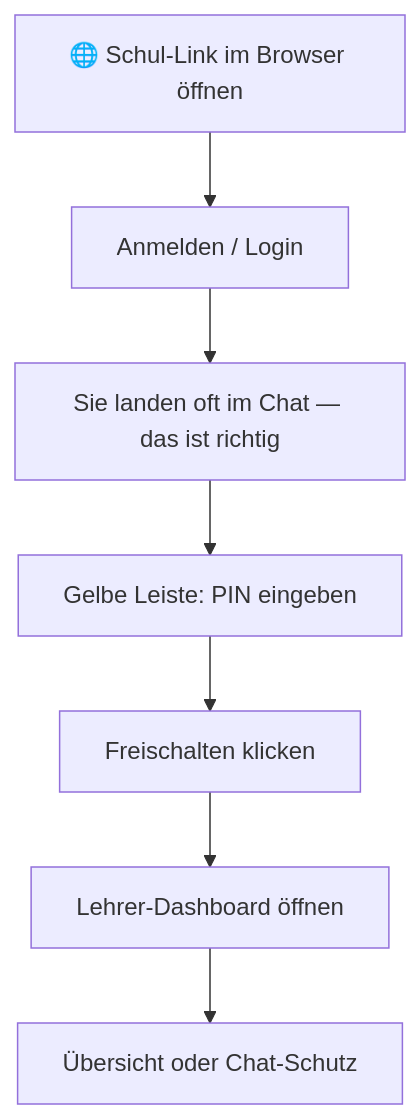
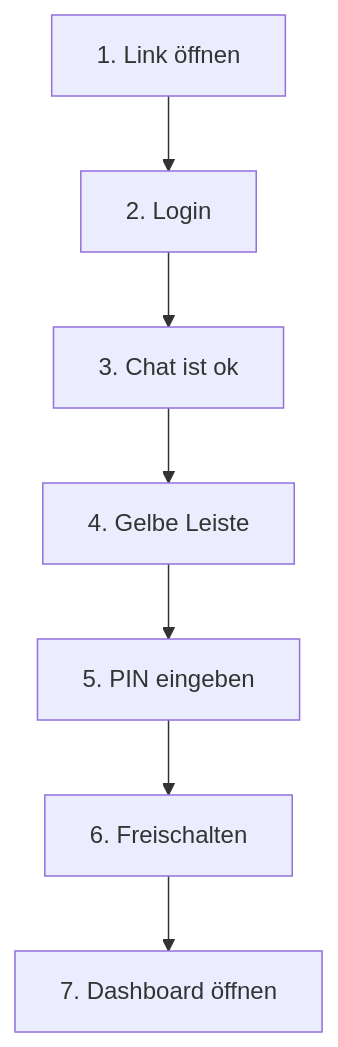
One commit to olinexgg/school-ai changed the diagram in docs/guides/Teacher-Portal-Guide.md. Above: the diagram before and after it, drawn with Mermaid. The commit also changed other lines of this file, not shown here.

````diff
--- a/docs/guides/Teacher-Portal-Guide.md
+++ b/docs/guides/Teacher-Portal-Guide.md
@@ -45,9 +80,9 @@
 ```mermaid
 flowchart TD
-    A[🌐 Schul-Link im Browser öffnen] --> B[Anmelden / Login]
-    B --> C[Sie landen oft im Chat — das ist richtig]
-    C --> D[Gelbe Leiste: PIN eingeben]
-    D --> E[Freischalten klicken]
-    E --> F[Lehrer-Dashboard öffnen]
-    F --> G[Übersicht oder Chat-Schutz]
+    A[1. Link öffnen] --> B[2. Login]
+    B --> C[3. Chat ist ok]
+    C --> D[4. Gelbe Leiste]
+    D --> E[5. PIN eingeben]
+    E --> F[6. Freischalten]
+    F --> G[7. Dashboard öffnen]
 ```
````
